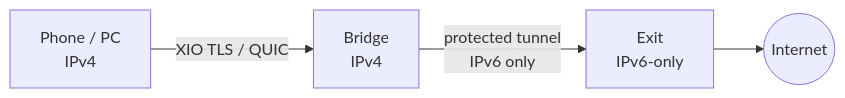
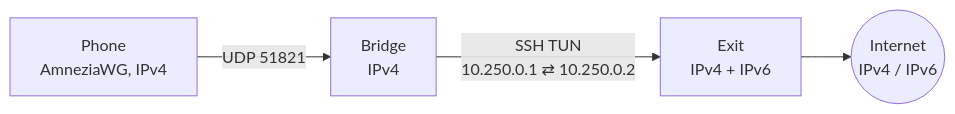
Before and after one commit to rukazax/xio_vpn: the third of 4 diagrams in README.md, drawn with Mermaid. The commit also changed other lines of this file and 7 other files, not shown here.

````diff
--- a/README.md
+++ b/README.md
@@ -378,6 +379,6 @@
 ```mermaid
 flowchart LR
-  A[Phone / PC<br/>IPv4] -->|XIO TLS / QUIC| B[Bridge<br/>IPv4]
-  B -->|protected tunnel<br/>IPv6 only| C[Exit<br/>IPv6-only]
-  C --> D((Internet))
+  A[Phone<br/>AmneziaWG, IPv4] -->|UDP 51821| B[Bridge<br/>IPv4]
+  B -->|SSH TUN<br/>10.250.0.1 ⇄ 10.250.0.2| C[Exit<br/>IPv4 + IPv6]
+  C --> D((Internet<br/>IPv4 / IPv6))
 ```
````
